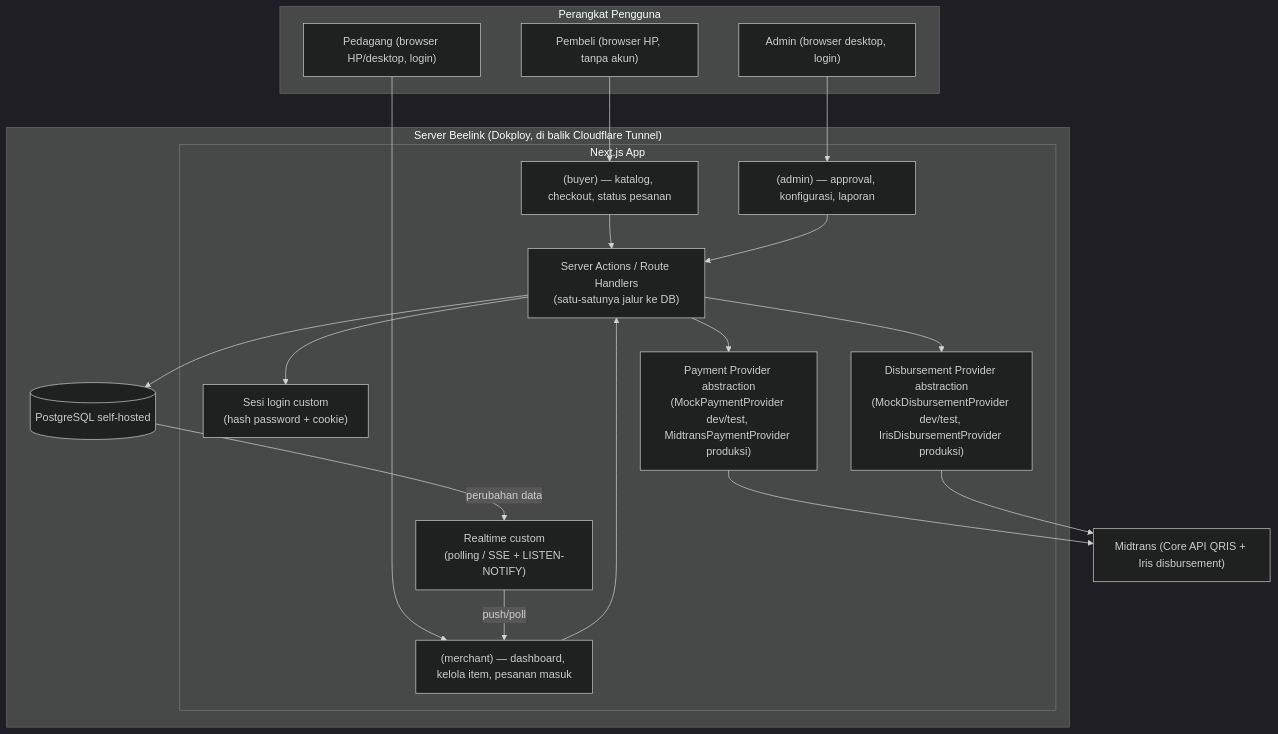
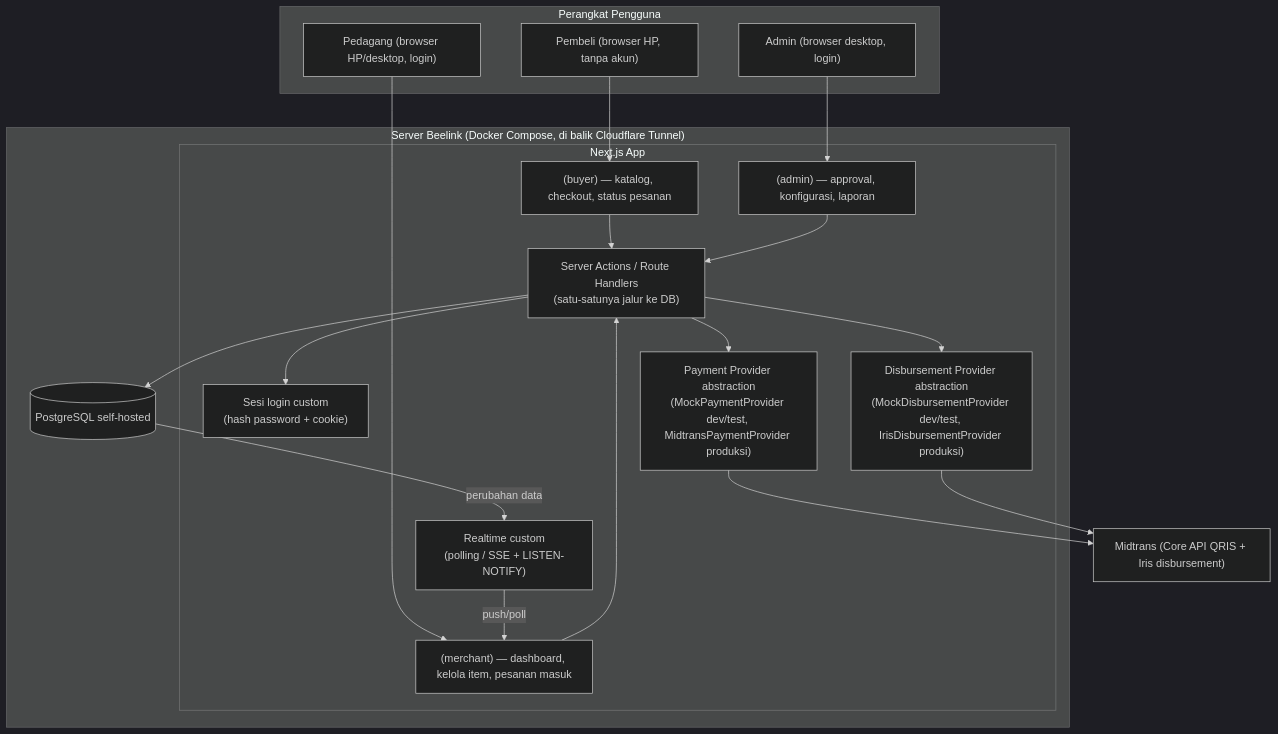
One commit to WeirdoKitten/My-Gerai changed the diagram in docs/ARSITEKTUR-SISTEM.md. Above: the diagram before and after it, drawn with Mermaid (dark theme). The commit also changed other lines of this file and 24 other files, not shown here.

First line of the commit message:
ci: deploy lewat Docker Compose di self-hosted runner, tanpa Dokploy

````diff
--- a/docs/ARSITEKTUR-SISTEM.md
+++ b/docs/ARSITEKTUR-SISTEM.md
@@ -7,36 +7,36 @@
 ```mermaid
 flowchart TB
     subgraph Client["Perangkat Pengguna"]
         Buyer["Pembeli (browser HP, tanpa akun)"]
         Merchant["Pedagang (browser HP/desktop, login)"]
         Admin["Admin (browser desktop, login)"]
     end
 
-    subgraph Server["Server Beelink (Dokploy, di balik Cloudflare Tunnel)"]
+    subgraph Server["Server Beelink (Docker Compose, di balik Cloudflare Tunnel)"]
         subgraph App["Next.js App"]
             BuyerRoutes["(buyer) — katalog, checkout, status pesanan"]
             MerchantRoutes["(merchant) — dashboard, kelola item, pesanan masuk"]
             AdminRoutes["(admin) — approval, konfigurasi, laporan"]
             API["Server Actions / Route Handlers\n(satu-satunya jalur ke DB)"]
             AuthCustom["Sesi login custom\n(hash password + cookie)"]
             RTCustom["Realtime custom\n(polling / SSE + LISTEN-NOTIFY)"]
             PP["Payment Provider abstraction\n(MockPaymentProvider dev/test, MidtransPaymentProvider produksi)"]
             DP["Disbursement Provider abstraction\n(MockDisbursementProvider dev/test, IrisDisbursementProvider produksi)"]
         end
         DB[("PostgreSQL self-hosted")]
     end
 
     Gateway["Midtrans (Core API QRIS + Iris disbursement)"]
 
     Buyer --> BuyerRoutes --> API
     Merchant --> MerchantRoutes --> API
     Admin --> AdminRoutes --> API
     API --> AuthCustom
     API --> DB
     API --> PP
     API --> DP
     PP --> Gateway
     DP --> Gateway
     DB -- perubahan data --> RTCustom
     RTCustom -- push/poll --> MerchantRoutes
 ```
````
